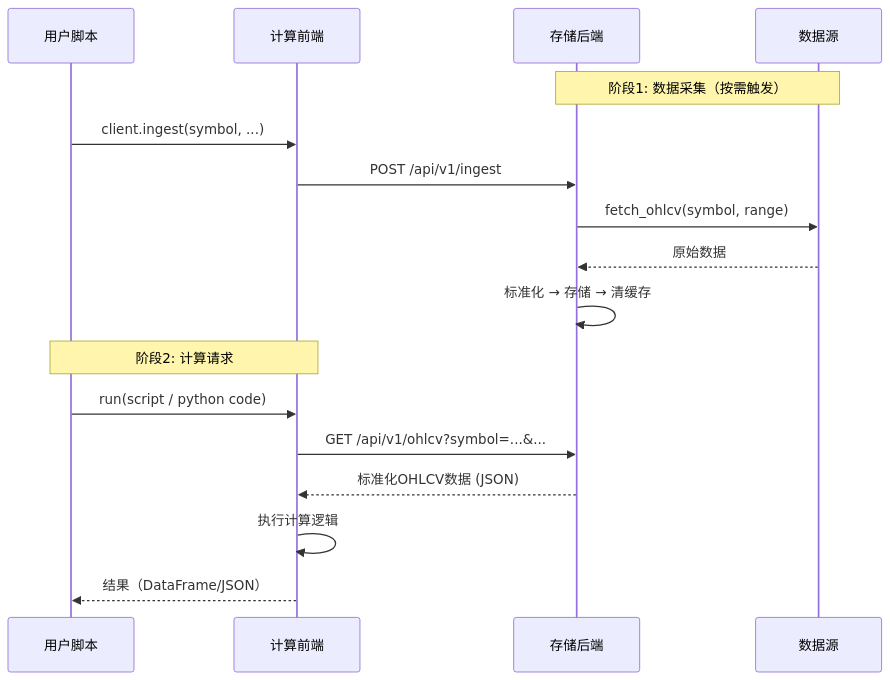
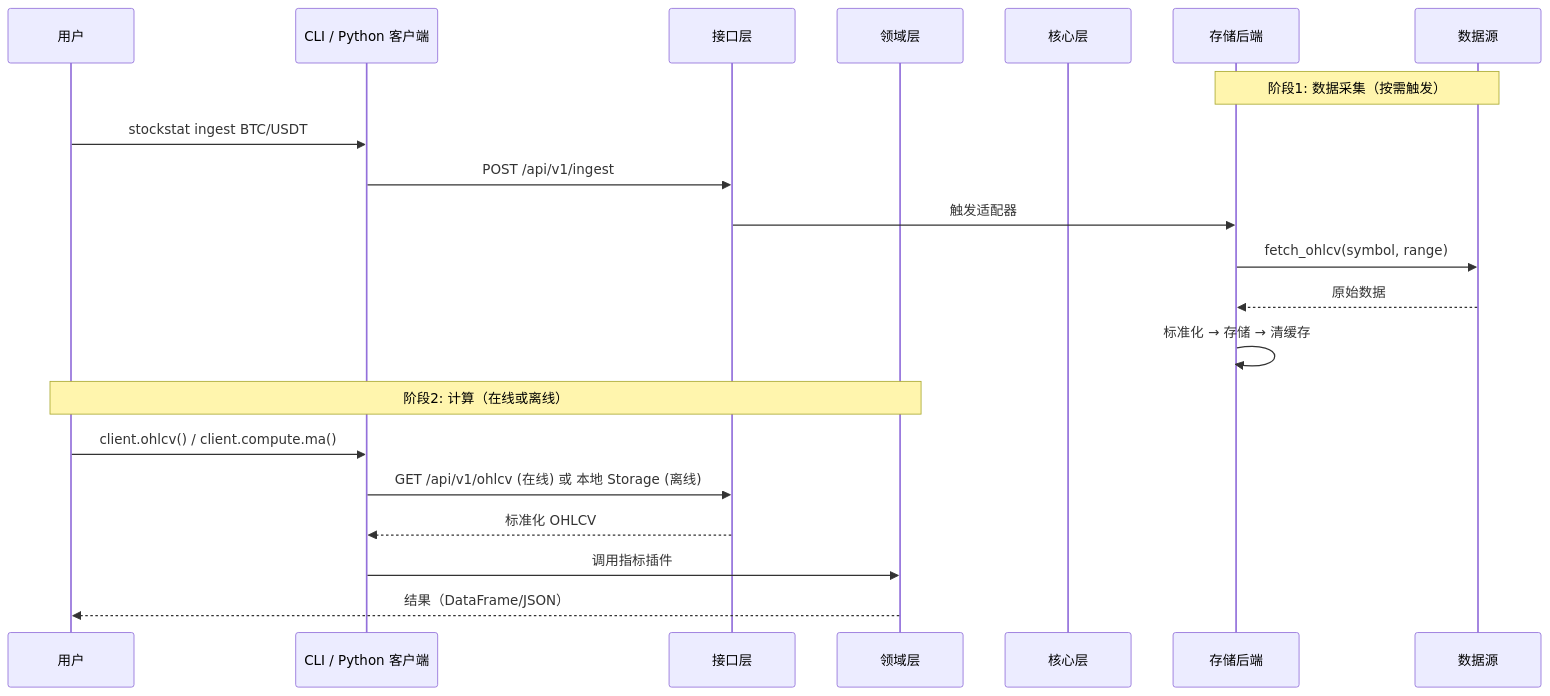
One commit to RESBI/StockStatistic changed the third of 5 diagrams in DESIGN_CN.md. Above: the diagram before and after it, drawn with Mermaid. The commit also changed other lines of this file and 5 other files, not shown here.

First line of the commit message:
Rewrite all docs for v2.0: five-layer architecture, CLI, offline mode, plugins

````diff
--- a/DESIGN_CN.md
+++ b/DESIGN_CN.md
@@ -152,21 +167,25 @@
 ```mermaid
 sequenceDiagram
-    participant User as 用户脚本
-    participant FE as 计算前端
+    participant User as 用户
+    participant CLI as CLI / Python 客户端
+    participant API as 接口层
+    participant Domain as 领域层
+    participant Core as 核心层
     participant BE as 存储后端
     participant Src as 数据源
 
     Note over BE,Src: 阶段1: 数据采集（按需触发）
-    User->>FE: client.ingest(symbol, ...)
-    FE->>BE: POST /api/v1/ingest
+    User->>CLI: stockstat ingest BTC/USDT
+    CLI->>API: POST /api/v1/ingest
+    API->>BE: 触发适配器
     BE->>Src: fetch_ohlcv(symbol, range)
     Src-->>BE: 原始数据
     BE->>BE: 标准化 → 存储 → 清缓存
 
-    Note over User,FE: 阶段2: 计算请求
-    User->>FE: run(script / python code)
-    FE->>BE: GET /api/v1/ohlcv?symbol=...&...
-    BE-->>FE: 标准化OHLCV数据 (JSON)
-    FE->>FE: 执行计算逻辑
-    FE-->>User: 结果（DataFrame/JSON）
+    Note over User,Domain: 阶段2: 计算（在线或离线）
+    User->>CLI: client.ohlcv() / client.compute.ma()
+    CLI->>API: GET /api/v1/ohlcv (在线) 或 本地 Storage (离线)
+    API-->>CLI: 标准化 OHLCV
+    CLI->>Domain: 调用指标插件
+    Domain-->>User: 结果（DataFrame/JSON）
 ```
````
